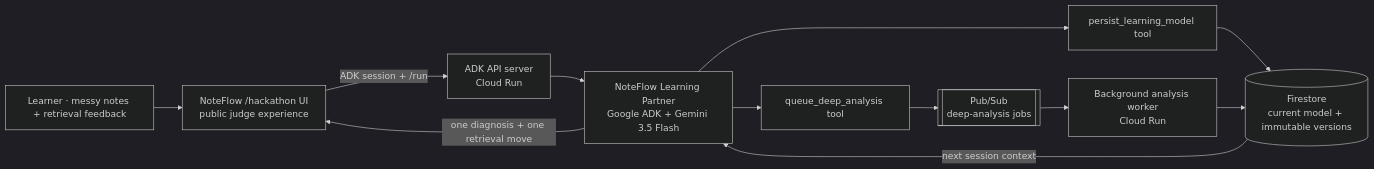
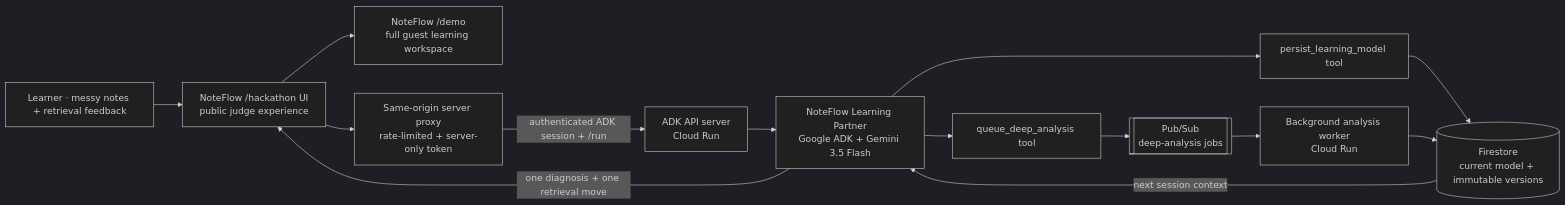
One commit to Dollars7/NoteFlow-Agent-Hackathon-2026 changed the diagram in docs/HACKATHON_ARCHITECTURE.md. Above: the diagram before and after it, drawn with Mermaid (dark theme). The commit also changed other lines of this file and 20 other files, not shown here.

````diff
--- a/docs/HACKATHON_ARCHITECTURE.md
+++ b/docs/HACKATHON_ARCHITECTURE.md
@@ -5,24 +5,28 @@
 ```mermaid
 flowchart LR
     Learner["Learner · messy notes + retrieval feedback"]
     Web["NoteFlow /hackathon UI<br/>public judge experience"]
+    Demo["NoteFlow /demo<br/>full guest learning workspace"]
+    Proxy["Same-origin server proxy<br/>rate-limited + server-only token"]
     API["ADK API server<br/>Cloud Run"]
     Agent["NoteFlow Learning Partner<br/>Google ADK + Gemini 3.5 Flash"]
     Persist["persist_learning_model tool"]
     Queue["queue_deep_analysis tool"]
     Firestore[("Firestore<br/>current model + immutable versions")]
     PubSub[["Pub/Sub<br/>deep-analysis jobs"]]
     Worker["Background analysis worker<br/>Cloud Run"]
 
     Learner --> Web
-    Web -->|"ADK session + /run"| API
+    Web --> Demo
+    Web --> Proxy
+    Proxy -->|"authenticated ADK session + /run"| API
     API --> Agent
     Agent --> Persist
     Agent --> Queue
     Persist --> Firestore
     Queue --> PubSub
     PubSub --> Worker
     Worker --> Firestore
     Firestore -->|"next session context"| Agent
     Agent -->|"one diagnosis + one retrieval move"| Web
 ```
````
